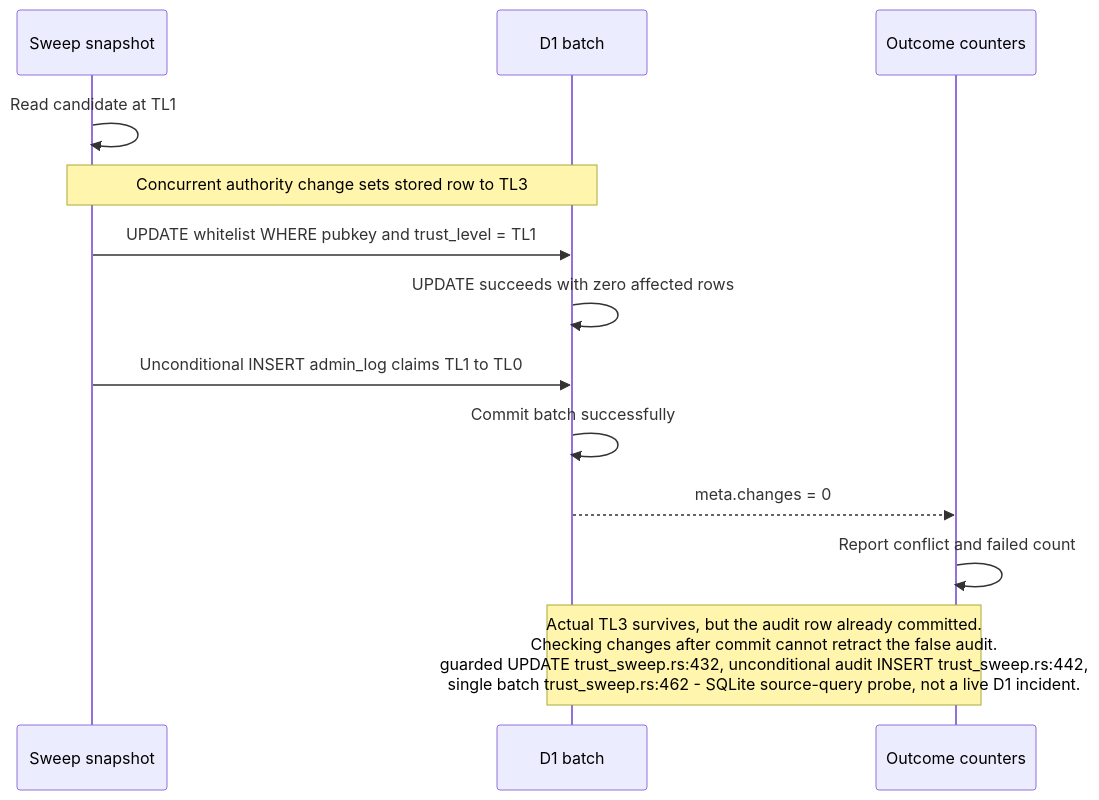
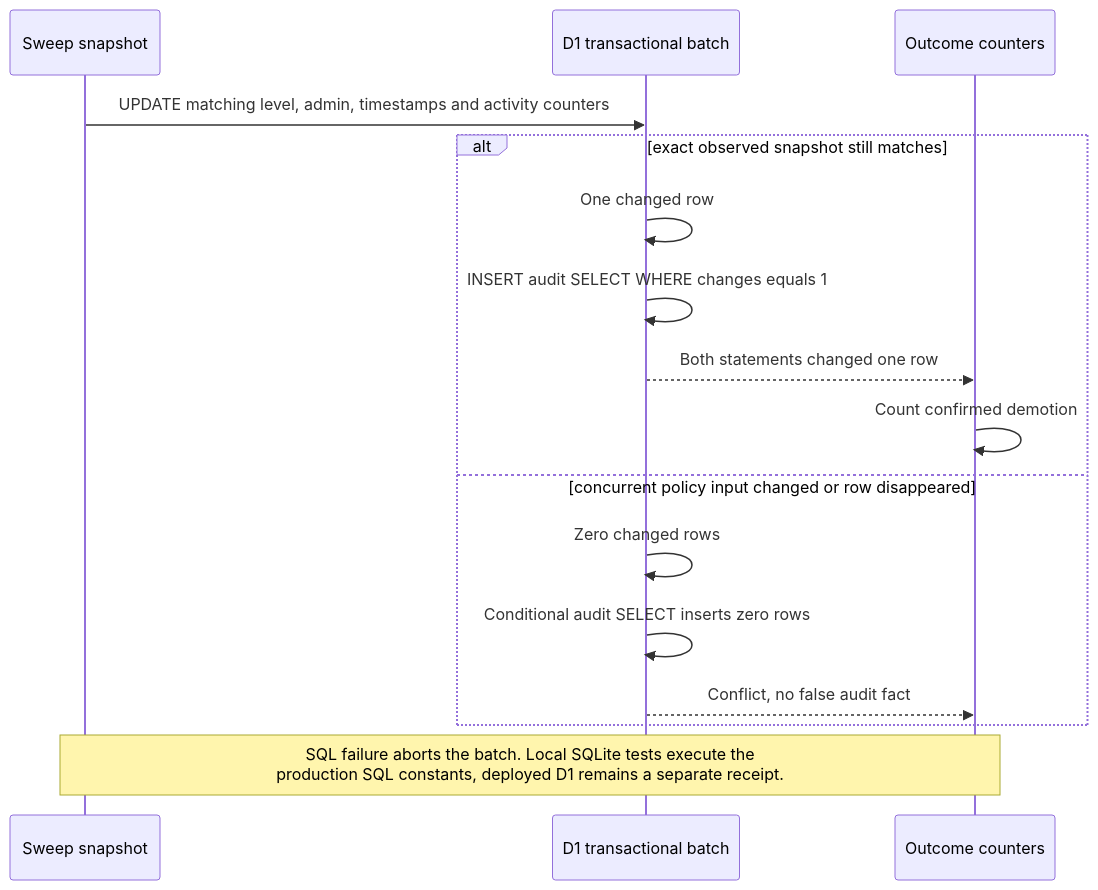
The tenth of 10 diagrams in docs/diagrams/nostr-rust-forum/10-invariants-and-anomaly-register.md (DreamLab-AI/VisionFlow), drawn with Mermaid before and after one commit. The commit also changed other lines of this file and 52 other files, not shown here.

First line of the commit message:
docs(diagrams): wave 3 checkpoint — bare line refs resolved, revision-pinned cite-check, VC-05/AB-01..13 re-attested

````diff
--- a/docs/diagrams/nostr-rust-forum/10-invariants-and-anomaly-register.md
+++ b/docs/diagrams/nostr-rust-forum/10-invariants-and-anomaly-register.md
@@ -198,15 +198,18 @@
 ```mermaid
 sequenceDiagram
     participant S as Sweep snapshot
-    participant D as D1 batch
+    participant D as D1 transactional batch
     participant O as Outcome counters
-    S->>S: Read candidate at TL1
-    Note over S,D: Concurrent authority change sets stored row to TL3
-    S->>D: UPDATE whitelist WHERE pubkey and trust_level = TL1
-    D->>D: UPDATE succeeds with zero affected rows
-    S->>D: Unconditional INSERT admin_log claims TL1 to TL0
-    D->>D: Commit batch successfully
-    D-->>O: meta.changes = 0
-    O->>O: Report conflict and failed count
-    Note over D,O: Actual TL3 survives, but the audit row already committed.<br/>Checking changes after commit cannot retract the false audit.<br/>guarded UPDATE trust_sweep.rs:432, unconditional audit INSERT trust_sweep.rs:442,<br/>single batch trust_sweep.rs:462 - SQLite source-query probe, not a live D1 incident.
+    S->>D: UPDATE matching level, admin, timestamps and activity counters
+    alt exact observed snapshot still matches
+        D->>D: One changed row
+        D->>D: INSERT audit SELECT WHERE changes equals 1
+        D-->>O: Both statements changed one row
+        O->>O: Count confirmed demotion
+    else concurrent policy input changed or row disappeared
+        D->>D: Zero changed rows
+        D->>D: Conditional audit SELECT inserts zero rows
+        D-->>O: Conflict, no false audit fact
+    end
+    Note over S,O: SQL failure aborts the batch. Local SQLite tests execute the<br/>production SQL constants, deployed D1 remains a separate receipt.
 ```
````
